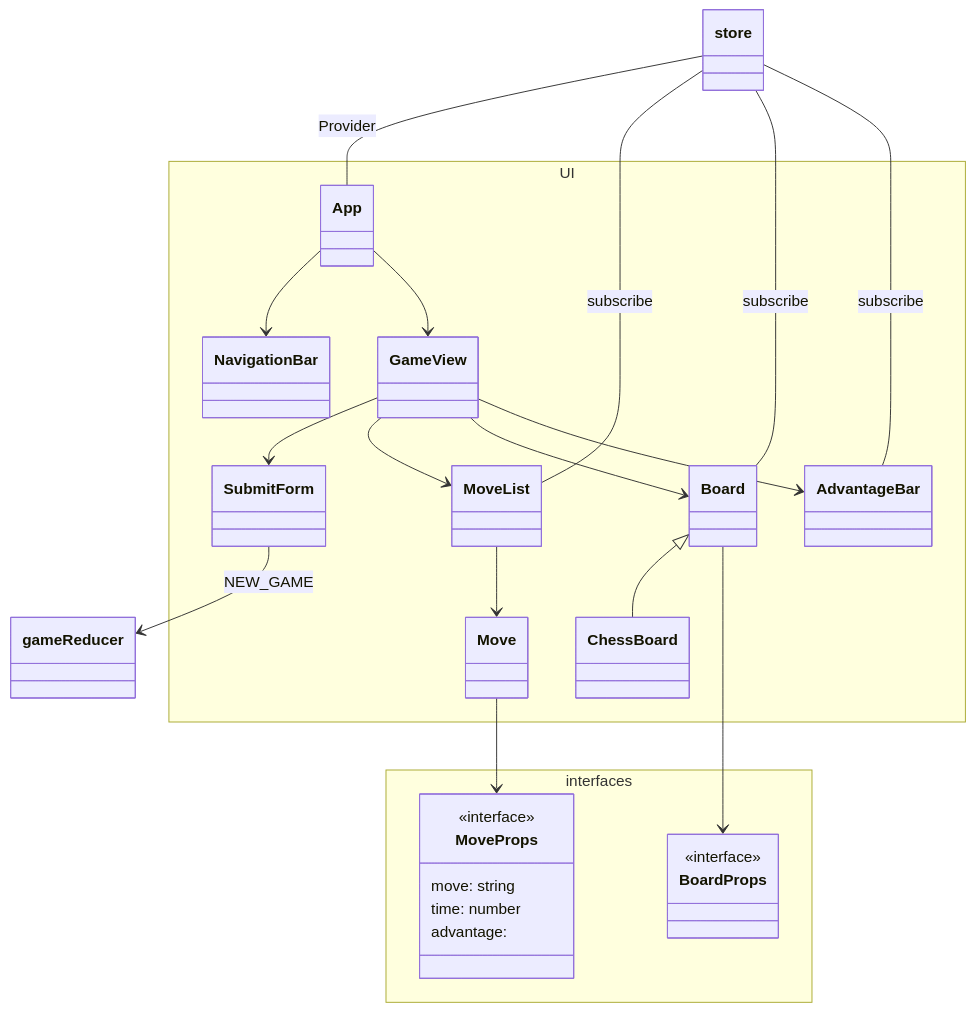
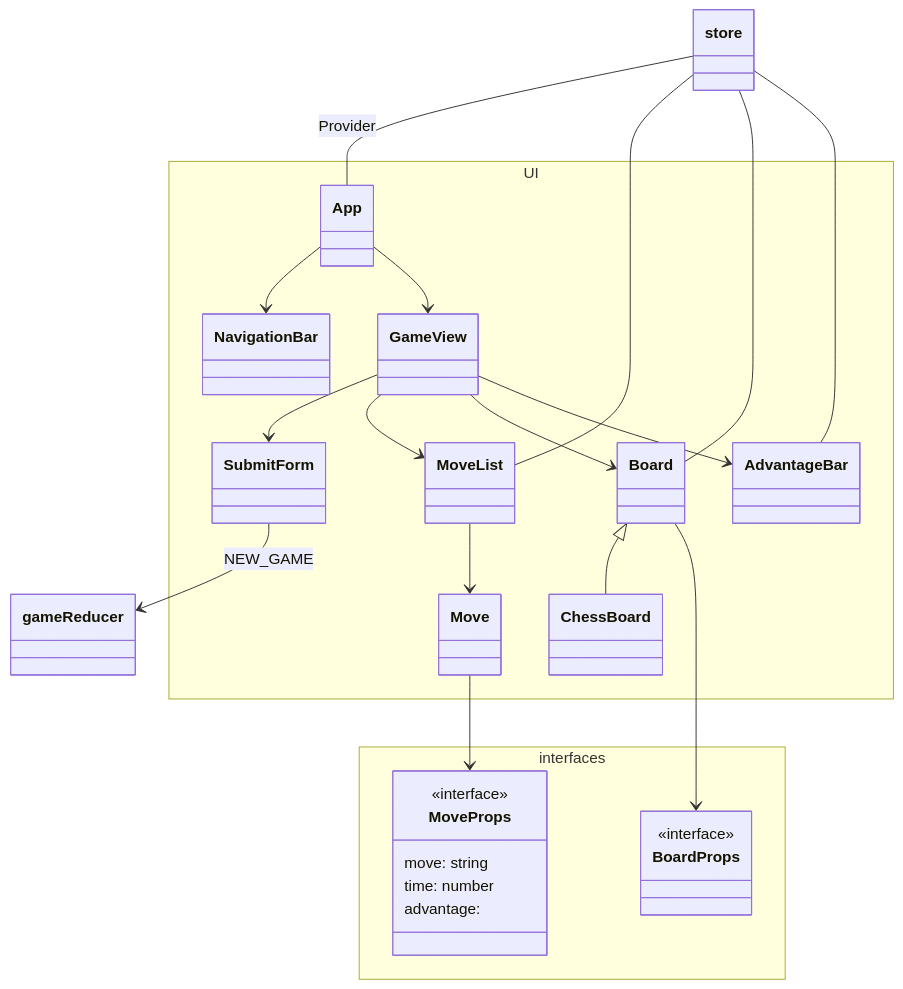
The fourth of 5 diagrams in docs/architecture.md (game-ai-platform-team/tira-ai-platform), drawn with Mermaid before and after one commit.

Commit message:
docs: Remove unnecessary description

````diff
--- a/docs/architecture.md
+++ b/docs/architecture.md
@@ -170,49 +170,49 @@
 ```mermaid
 classDiagram
 store -- App: Provider
 
 App --> NavigationBar
 App --> GameView
 
 GameView --> SubmitForm
 GameView --> MoveList
 GameView --> Board
 GameView --> AdvantageBar
 
 Board <|-- ChessBoard
 Board --> BoardProps
 
 MoveList --> Move
 Move --> MoveProps
 
 SubmitForm --> gameReducer: NEW_GAME
-Board -- store: subscribe
-MoveList -- store: subscribe
-AdvantageBar -- store: subscribe
+Board -- store
+MoveList -- store
+AdvantageBar -- store
 
 namespace interfaces {
     class MoveProps {
     <<interface>>
     move: string
     time: number
     advantage:
     }
 
     class BoardProps {
         <<interface>>
     }
 }
 
 
 namespace UI {
     class App
     class NavigationBar
     class GameView
     class SubmitForm
     class AdvantageBar
     class Board
     class ChessBoard
     class Move
     class MoveList
 }
 ```
````
